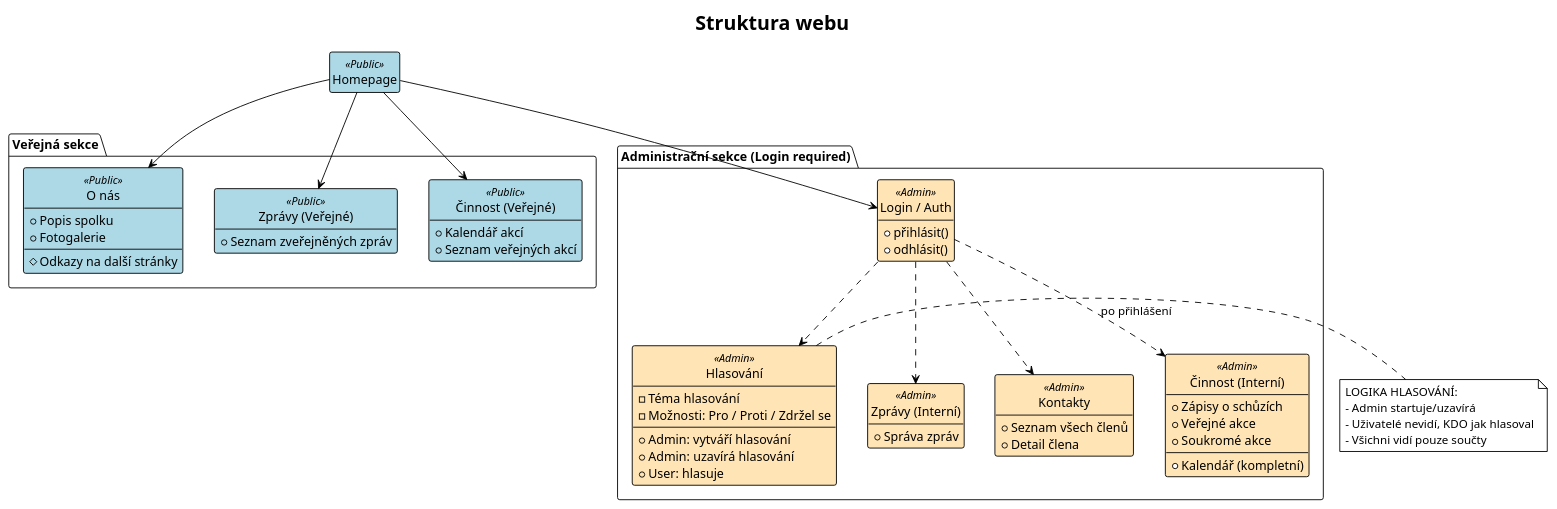
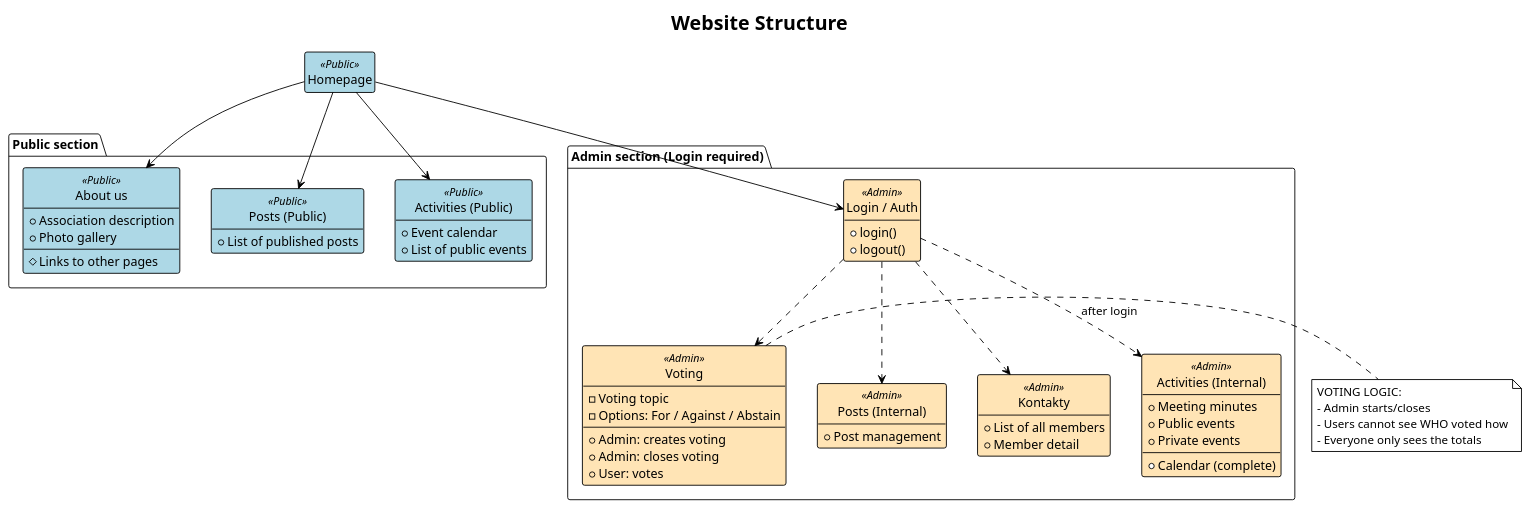
One commit to jacky32/slovjani changed the diagram in docs/diagrams/sitemap.plantuml. Above: the diagram before and after it, drawn with PlantUML. The commit also changed 30 other files, not shown here.

```diff
--- a/docs/diagrams/sitemap.plantuml
+++ b/docs/diagrams/sitemap.plantuml
@@ -1,89 +1,89 @@
 @startuml "Sitemap Diagram"
 !theme plain
 hide empty members
 hide circles
 
-' Definice stylů pro přehlednost
+' Style definitions for clarity
 skinparam class {
     BackgroundColor<<Public>> LightBlue
     BackgroundColor<<Admin>> Moccasin
     BorderColor Black
 }
 
-title Struktura webu
+title Website Structure
 
-' Hlavní rozcestník
+' Main navigation hub
 class "Homepage" as Home <<Public>>
 
-' --- VEŘEJNÁ SEKCE ---
-package "Veřejná sekce" {
-    class "O nás" as Onas <<Public>> {
-        + Popis spolku
-        + Fotogalerie
+' --- PUBLIC SECTION ---
+package "Public section" {
+    class "About us" as Onas <<Public>> {
+        + Association description
+        + Photo gallery
         --
-        # Odkazy na další stránky
+        # Links to other pages
     }
 
-    class "Zprávy (Veřejné)" as PostsPub <<Public>> {
-        + Seznam zveřejněných zpráv
+    class "Posts (Public)" as PostsPub <<Public>> {
+        + List of published posts
     }
 
-    class "Činnost (Veřejné)" as CinnostPub <<Public>> {
-        + Kalendář akcí
-        + Seznam veřejných akcí
+    class "Activities (Public)" as CinnostPub <<Public>> {
+        + Event calendar
+        + List of public events
     }
 }
 
-' --- ADMINISTRAČNÍ SEKCE ---
-package "Administrační sekce (Login required)" {
+' --- ADMIN SECTION ---
+package "Admin section (Login required)" {
     class "Login / Auth" as Login <<Admin>> {
-        + přihlásit()
-        + odhlásit()
+        + login()
+        + logout()
     }
 
-    class "Zprávy (Interní)" as AdminPostsPage <<Admin>> {
-        + Správa zpráv
+    class "Posts (Internal)" as AdminPostsPage <<Admin>> {
+        + Post management
     }
 
     class "Kontakty" as Kontakty <<Admin>> {
-        + Seznam všech členů
-        + Detail člena
+        + List of all members
+        + Member detail
     }
 
-    class "Činnost (Interní)" as CinnostPriv <<Admin>> {
-        + Zápisy o schůzích
-        + Kalendář (kompletní)
-        + Veřejné akce
-        + Soukromé akce
+    class "Activities (Internal)" as CinnostPriv <<Admin>> {
+        + Meeting minutes
+        + Calendar (complete)
+        + Public events
+        + Private events
     }
 
-    class "Hlasování" as Hlasovani <<Admin>> {
-        - Téma hlasování
-        - Možnosti: Pro / Proti / Zdržel se
+    class "Voting" as Hlasovani <<Admin>> {
+        - Voting topic
+        - Options: For / Against / Abstain
         --
-        + Admin: vytváří hlasování
-        + Admin: uzavírá hlasování
-        + User: hlasuje
+        + Admin: creates voting
+        + Admin: closes voting
+        + User: votes
     }
 }
 
 ' Vztahy a navigace
 Home --> Onas
 Home --> PostsPub
 Home --> CinnostPub
 Home --> Login
 
-Login ..> CinnostPriv : po přihlášení
+Login ..> CinnostPriv : after login
 Login ..> Hlasovani
 Login ..> Kontakty
 Login ..> AdminPostsPage
 
-' Poznámky pro vysvětlení logiky
+' Notes for logic explanation
 note right of Hlasovani
-  LOGIKA HLASOVÁNÍ:
-  - Admin startuje/uzavírá
-  - Uživatelé nevidí, KDO jak hlasoval
-  - Všichni vidí pouze součty
+  VOTING LOGIC:
+  - Admin starts/closes
+  - Users cannot see WHO voted how
+  - Everyone only sees the totals
 end note
 
 @enduml
```
